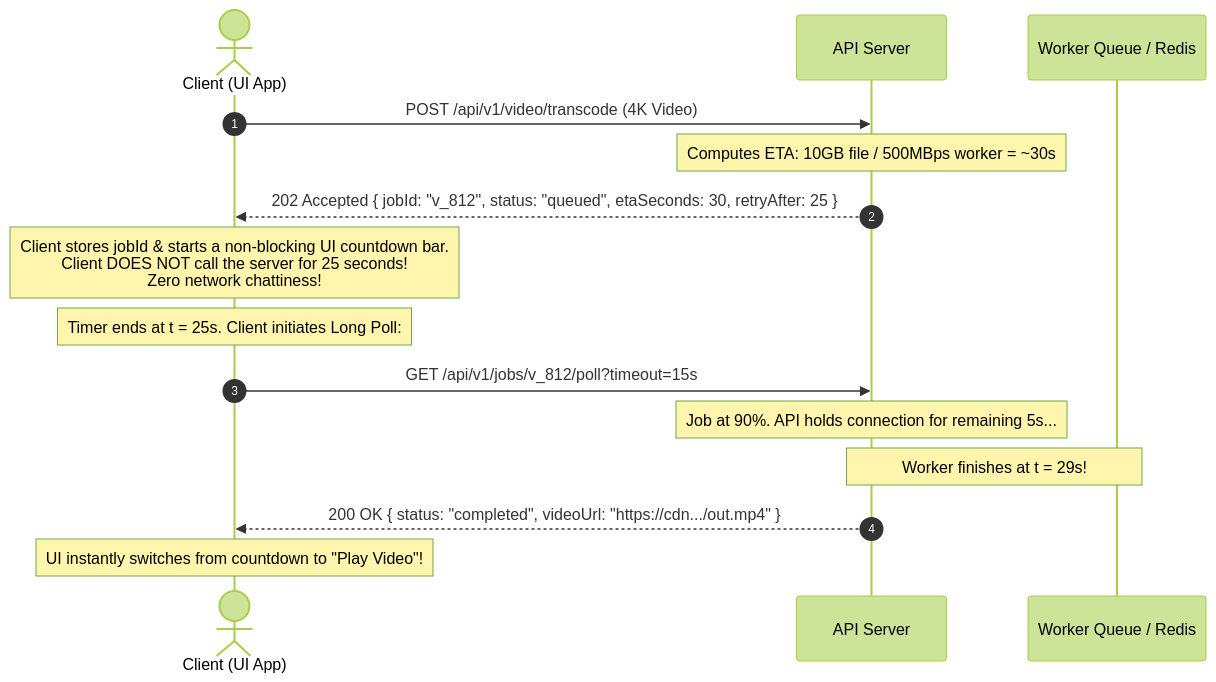
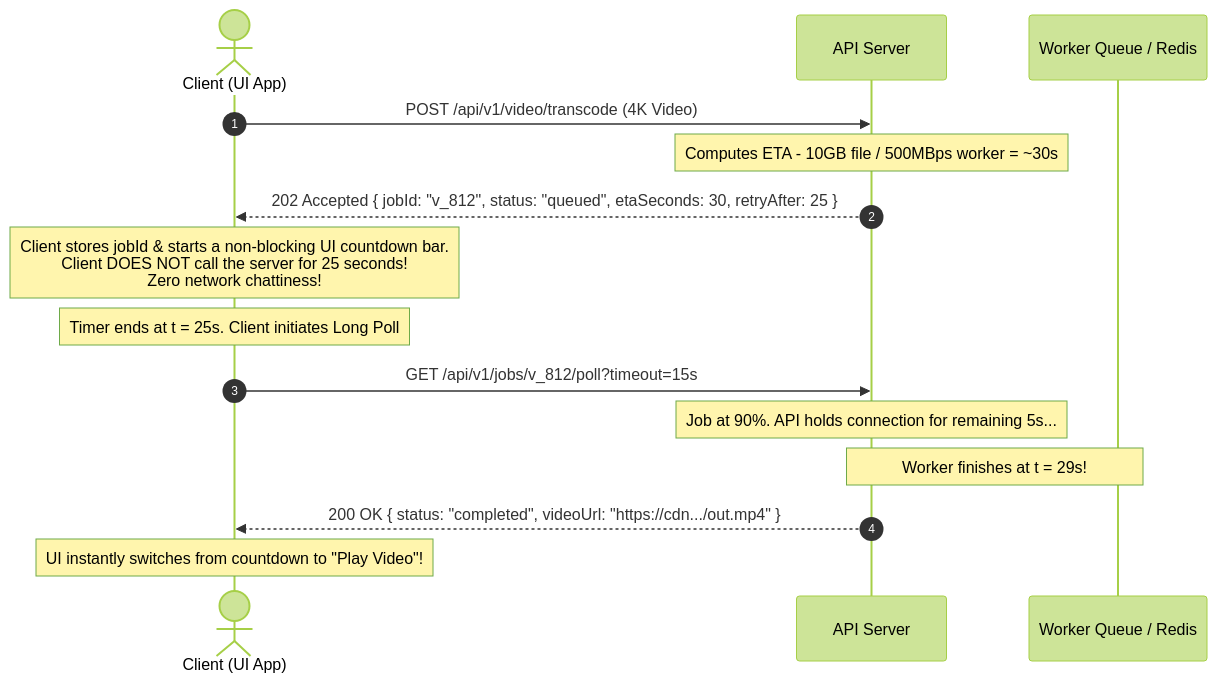
One commit to Patel-Neel-346/Notes changed the fourth of 6 diagrams in Backend-engineering/2-Communication-patterns/8-Communication-patterns/3.Long-Polling.md. Above: the diagram before and after it, drawn with Mermaid (forest theme). The commit also changed 9 other files, not shown here.

````diff
--- a/Backend-engineering/2-Communication-patterns/8-Communication-patterns/3.Long-Polling.md
+++ b/Backend-engineering/2-Communication-patterns/8-Communication-patterns/3.Long-Polling.md
@@ -158,20 +158,20 @@
 ```mermaid
 sequenceDiagram
     autonumber
     actor C as Client (UI App)
     participant API as API Server
     participant Q as Worker Queue / Redis
 
     C->>API: POST /api/v1/video/transcode (4K Video)
-    Note over API: Computes ETA: 10GB file / 500MBps worker = ~30s
+    Note over API: Computes ETA - 10GB file / 500MBps worker = ~30s
     API-->>C: 202 Accepted { jobId: "v_812", status: "queued", etaSeconds: 30, retryAfter: 25 }
 
     Note over C: Client stores jobId & starts a non-blocking UI countdown bar.<br/>Client DOES NOT call the server for 25 seconds!<br/>Zero network chattiness!
 
-    Note over C: Timer ends at t = 25s. Client initiates Long Poll:
+    Note over C: Timer ends at t = 25s. Client initiates Long Poll
     C->>API: GET /api/v1/jobs/v_812/poll?timeout=15s
     Note over API: Job at 90%. API holds connection for remaining 5s...
     Note over Q,API: Worker finishes at t = 29s!
     API-->>C: 200 OK { status: "completed", videoUrl: "https://cdn.../out.mp4" }
     Note over C: UI instantly switches from countdown to "Play Video"!
 ```
````
